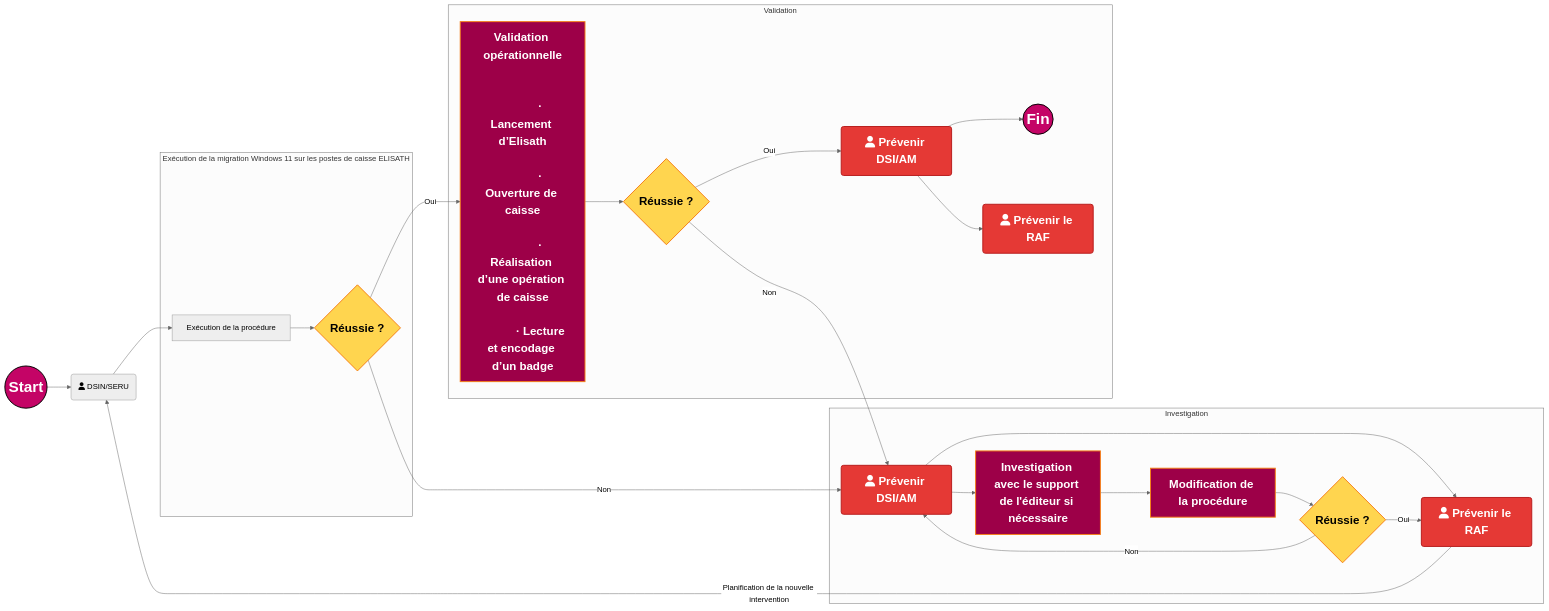
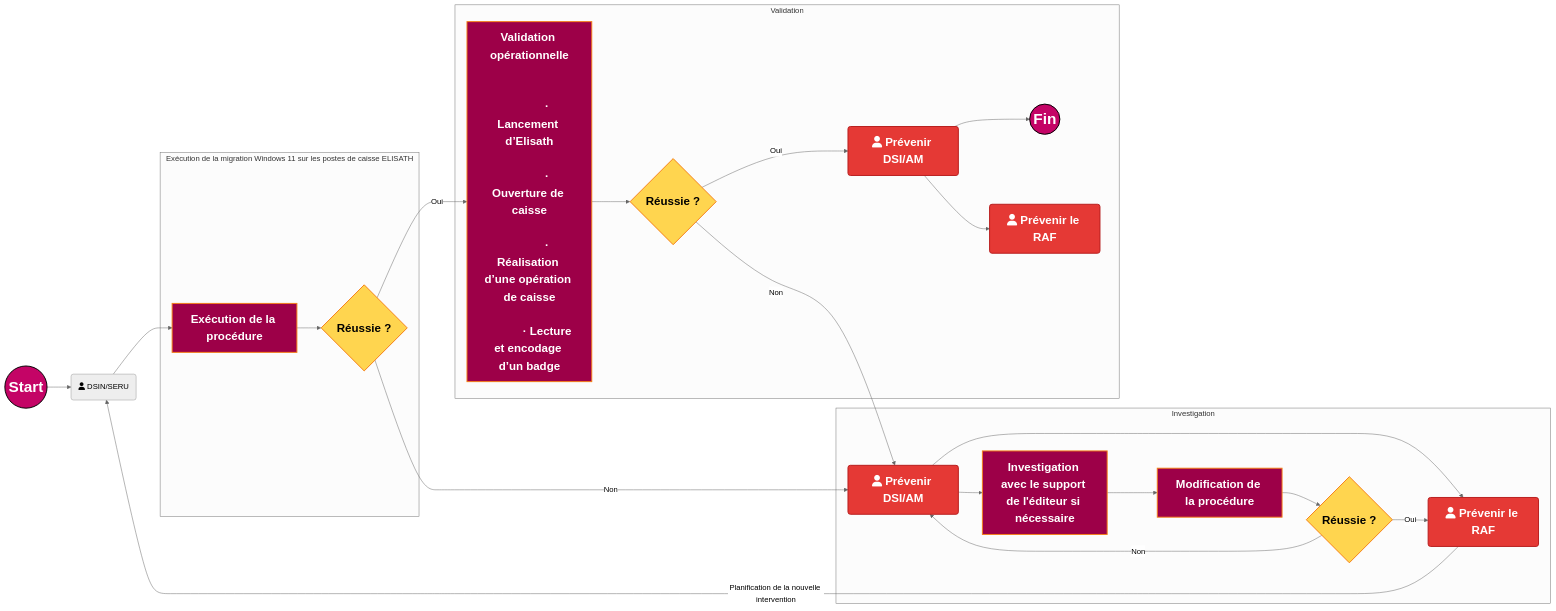
The diagram in all/Flux de validation.md (fdadda/iodraw-files), drawn with Mermaid (neutral theme) before and after one commit.

Commit message:
2026-05-12 11:52:42 update

````diff
--- a/all/Flux de validation.md
+++ b/all/Flux de validation.md
@@ -1,61 +1,61 @@
 ```mermaid
 flowchart LR
 
     start((Start)) --> A
     A(fa:fa-user DSIN/SERU) --> B[Exécution de la procédure]
 
     subgraph Exécution de la migration Windows 11 sur les postes de caisse ELISATH
         B --> C{Réussie ?}
     end
 
     subgraph Validation
         C -->|Oui| D["Validation opérationnelle<br/><br/>
             · Lancement d’Elisath<br/>
             · Ouverture de caisse<br/>
             · Réalisation d’une opération de caisse<br/>
             · Lecture et encodage d’un badge"]
 
         D --> Val{Réussie ?}
 
         Val -->|Oui| PrevDSI(fa:fa-user Prévenir DSI/AM)
        
         PrevDSI --> fin((Fin))
         PrevDSI  --> PrevRAF(fa:fa-user Prévenir le RAF)
     end
     Val --> |Non| E
     subgraph Investigation
         C -->|Non| E(fa:fa-user Prévenir DSI/AM)
         E --> F(fa:fa-user Prévenir le RAF)
         E --> G[Investigation avec le support de l'éditeur si nécessaire]
         G --> H[Modification de la procédure]
         H --> I{Réussie ?}
         I -->|Oui| F
         I -->|Non| E
     end
 
     F -->|Planification de la nouvelle intervention| A
 
     %% --- STYLES ---
     classDef StartEndPoint fill:#c40466,stroke:#000,color:#fff,stroke-width:2px,font-size:32px,font-weight:bold;
     classDef Decision      fill:#ffd54f,stroke:#f57f17,color:#000,stroke-width:2px,font-size:24px,font-weight:bold;
     classDef Action      fill:#9d0048,stroke:#f57f17,color:#fff,stroke-width:2px,font-size:24px,font-weight:bold;
     classDef Error         fill:#e53935,stroke:#b71c1c,color:#fff,stroke-width:2px,font-size:24px,font-weight:bold;
 
     %% --- AFFECTATION DES CLASSES ---
     class start,fin StartEndPoint;
     class C,I,Val Decision;
     class E,F,PrevDSI,PrevRAF Error;
-    class D,G,H Action;
+    class B,D,G,H Action;
     %% --- “CEINTURE + BRETELLES” (force le style sur les 2 nœuds) ---
     %%style start font-size:32px,font-weight:bold
     %%style fin   font-size:32px,font-weight:bold
 
     %% --- Codes couleur (commentaires) ---
     %% Bleu marine #000080
     %% Midnight blue #191970
     %% Bleu foncé intense #080F70
     %% Bleu foncé moderne #111184
     %% Orange #ffd54f
     %% Rouge #e53935
     %% Rose CAPI #c40466
 ```
````
